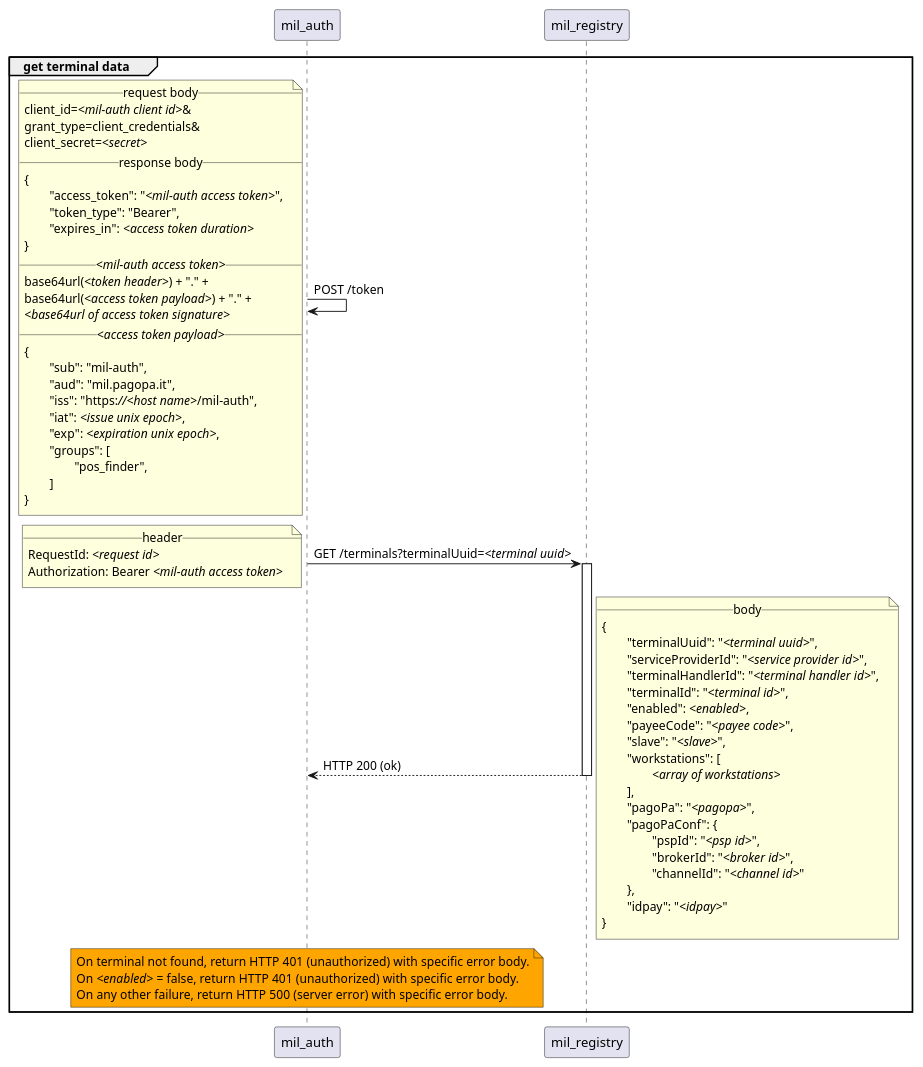
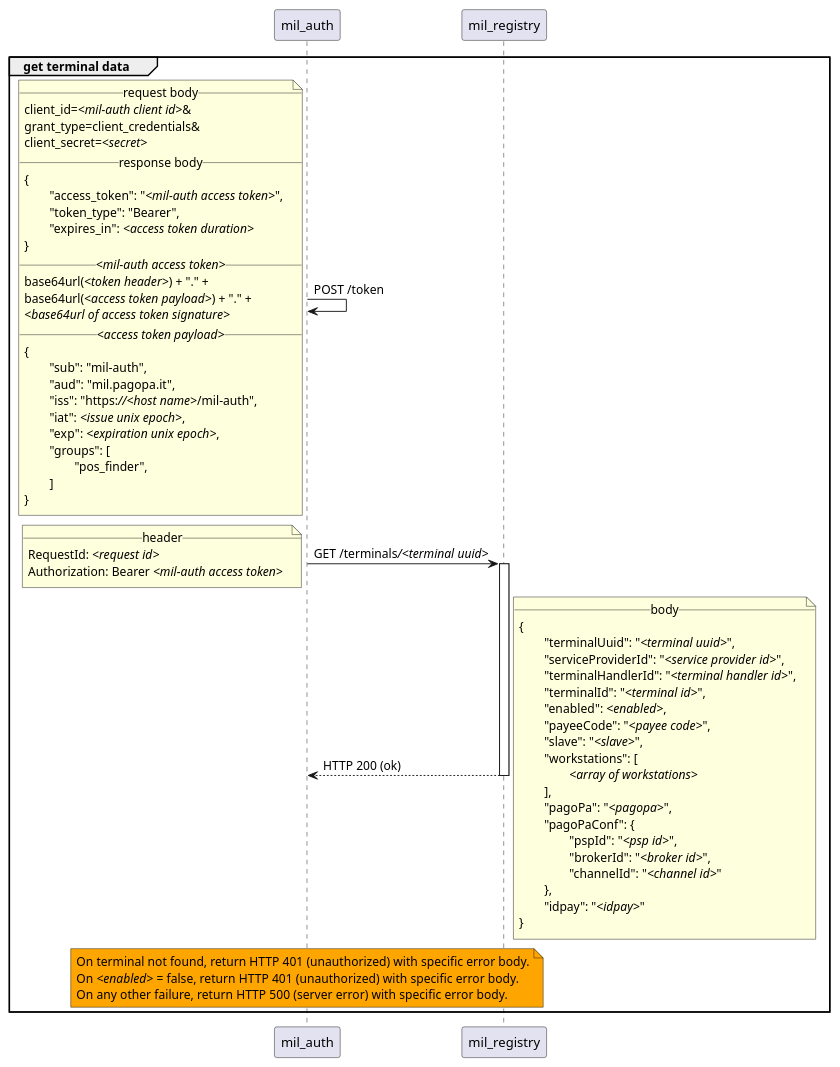
One commit to pagopa/mil-auth changed the diagram in src/doc/puml/pos/get_terminal_data_by_id.puml. Above: the diagram before and after it, drawn with PlantUML.

Commit message:
Corrected the invocation of mil-terminal-registry.

```diff
--- a/src/doc/puml/pos/get_terminal_data_by_id.puml
+++ b/src/doc/puml/pos/get_terminal_data_by_id.puml
@@ -1,67 +1,67 @@
 group get terminal data
 	mil_auth -> mil_auth : POST /token
 		note left
 			__request body__
 			client_id=//<mil-auth client id>//&
 			grant_type=client_credentials&
 			client_secret=//<secret>//
 			__response body__
 			{
 				"access_token": "//<mil-auth access token>//",
 				"token_type": "Bearer",
 				"expires_in": //<access token duration>//
 			}
 			__//<mil-auth access token>//__
 			base64url(//<token header>//) + "." +
 			base64url(//<access token payload>//) + "." +
 			//<base64url of access token signature>//
 			__//<access token payload>//__
 			{
 				"sub": "mil-auth",
 				"aud": "mil.pagopa.it",
 				"iss": "https:////<host name>///mil-auth",
 				"iat": //<issue unix epoch>//,
 				"exp": //<expiration unix epoch>//,
 				"groups": [
 					"pos_finder",
 				]
 			}
 		end note
 
-	mil_auth -> mil_registry ++ : GET /terminals?terminalUuid=//<terminal uuid>//
+	mil_auth -> mil_registry ++ : GET /terminals///<terminal uuid>//
 		note left
 			__header__
 			RequestId: //<request id>//
 			Authorization: Bearer //<mil-auth access token>//
 		end note
 
 	mil_registry --> mil_auth -- : HTTP 200 (ok)
 		note right
 			__body__
 			{
 				"terminalUuid": "//<terminal uuid>//",
 				"serviceProviderId": "//<service provider id>//",
 				"terminalHandlerId": "//<terminal handler id>//",
 				"terminalId": "//<terminal id>//",
 				"enabled": //<enabled>//,
 				"payeeCode": "//<payee code>//",
 				"slave": "//<slave>//",
 				"workstations": [
 					//<array of workstations>//
 				],
 				"pagoPa": "//<pagopa>//",
 				"pagoPaConf": {
 					"pspId": "//<psp id>//",
 					"brokerId": "//<broker id>//",
 					"channelId": "//<channel id>//"
 				},
 				"idpay": "//<idpay>//"
 			}
 		end note
 
 	note over mil_auth #Orange
 		On terminal not found, return HTTP 401 (unauthorized) with specific error body.
 		On //<enabled>// = false, return HTTP 401 (unauthorized) with specific error body.
 		On any other failure, return HTTP 500 (server error) with specific error body. 
 	end note
 end
```
